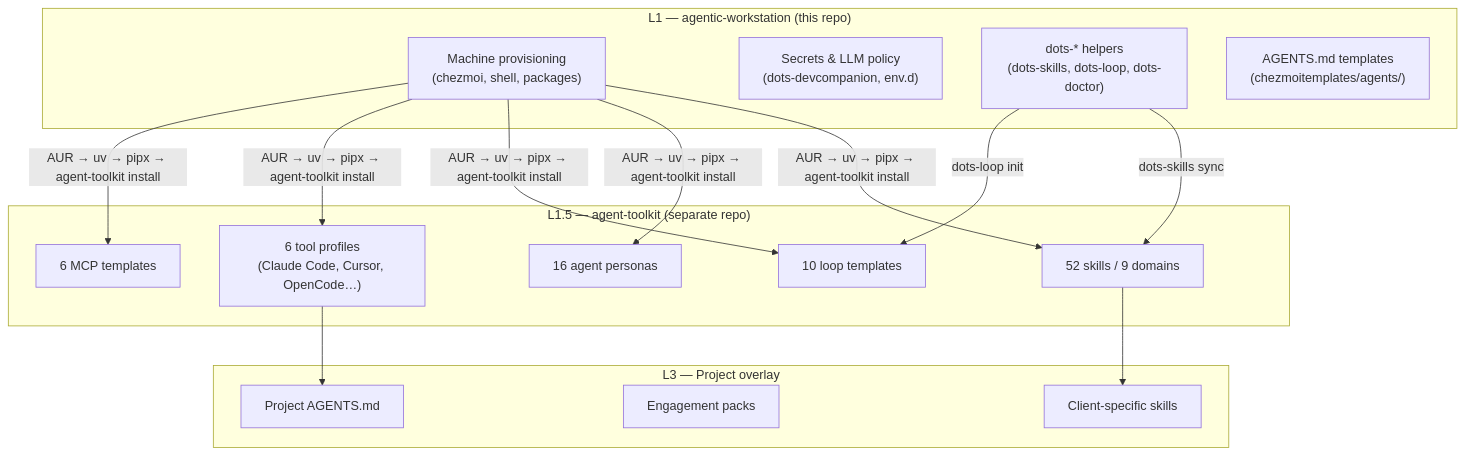
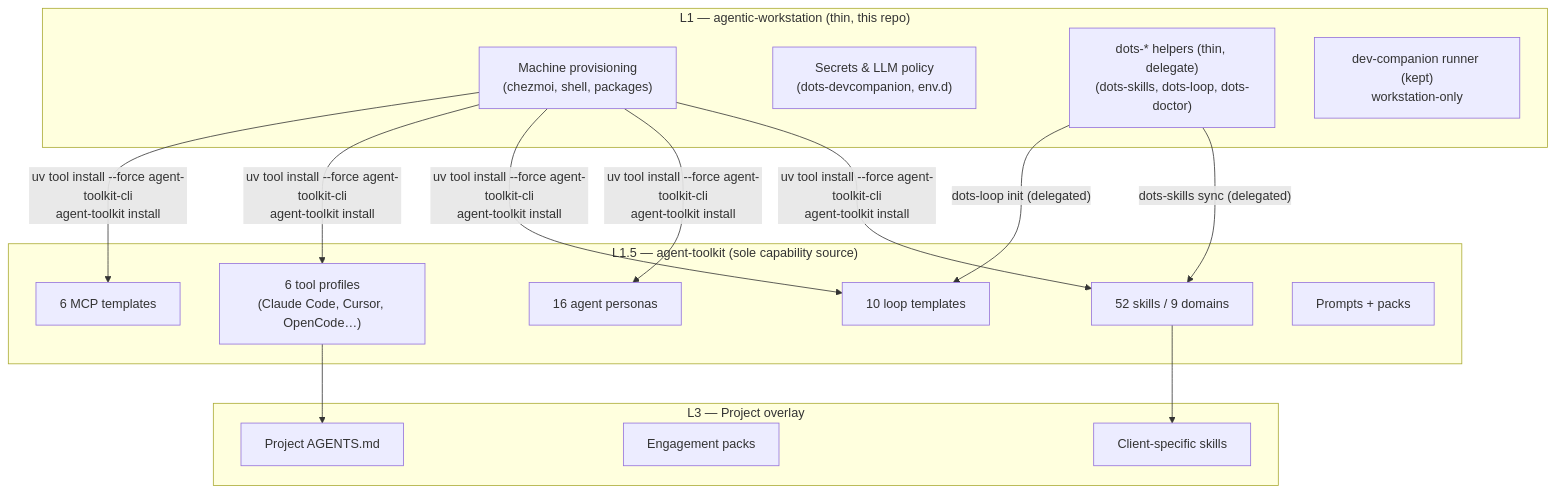
One commit to ulises-jeremias/agentic-workstation changed the second of 2 diagrams in docs/ARCHITECTURE.md. Above: the diagram before and after it, drawn with Mermaid. The commit also changed other lines of this file and 339 other files, not shown here.

First line of the commit message:
refactor: thin workstation — delegate all skills/packs/personas/agents/MCPs/loops to agent-toolkit via uv tool

````diff
--- a/docs/ARCHITECTURE.md
+++ b/docs/ARCHITECTURE.md
@@ -67,33 +66,34 @@
 ```mermaid
 graph TD
-    subgraph "L1 — agentic-workstation (this repo)"
+    subgraph "L1 — agentic-workstation (thin, this repo)"
         AW1["Machine provisioning<br/>(chezmoi, shell, packages)"]
         AW2["Secrets & LLM policy<br/>(dots-devcompanion, env.d)"]
-        AW3["dots-* helpers<br/>(dots-skills, dots-loop, dots-doctor)"]
-        AW4["AGENTS.md templates<br/>(chezmoitemplates/agents/)"]
+        AW3["dots-* helpers (thin, delegate)<br/>(dots-skills, dots-loop, dots-doctor)"]
+        AW4["dev-companion runner (kept)<br/>workstation-only"]
     end
 
-    subgraph "L1.5 — agent-toolkit (separate repo)"
+    subgraph "L1.5 — agent-toolkit (sole capability source)"
         AT1["52 skills / 9 domains"]
         AT2["16 agent personas"]
         AT3["10 loop templates"]
         AT4["6 tool profiles<br/>(Claude Code, Cursor, OpenCode…)"]
         AT5["6 MCP templates"]
+        AT6["Prompts + packs"]
     end
 
     subgraph "L3 — Project overlay"
         PO1["Project AGENTS.md"]
         PO2["Engagement packs"]
         PO3["Client-specific skills"]
     end
 
-    AW1 -->|"AUR → uv → pipx → agent-toolkit install"| AT1
-    AW1 -->|"AUR → uv → pipx → agent-toolkit install"| AT2
-    AW1 -->|"AUR → uv → pipx → agent-toolkit install"| AT3
-    AW1 -->|"AUR → uv → pipx → agent-toolkit install"| AT4
-    AW1 -->|"AUR → uv → pipx → agent-toolkit install"| AT5
-    AW3 -->|"dots-skills sync"| AT1
-    AW3 -->|"dots-loop init"| AT3
+    AW1 -->|"uv tool install --force agent-toolkit-cli<br/>agent-toolkit install"| AT1
+    AW1 -->|"uv tool install --force agent-toolkit-cli<br/>agent-toolkit install"| AT2
+    AW1 -->|"uv tool install --force agent-toolkit-cli<br/>agent-toolkit install"| AT3
+    AW1 -->|"uv tool install --force agent-toolkit-cli<br/>agent-toolkit install"| AT4
+    AW1 -->|"uv tool install --force agent-toolkit-cli<br/>agent-toolkit install"| AT5
+    AW3 -->|"dots-skills sync (delegated)"| AT1
+    AW3 -->|"dots-loop init (delegated)"| AT3
     AT1 --> PO3
     AT4 --> PO1
 ```
````
